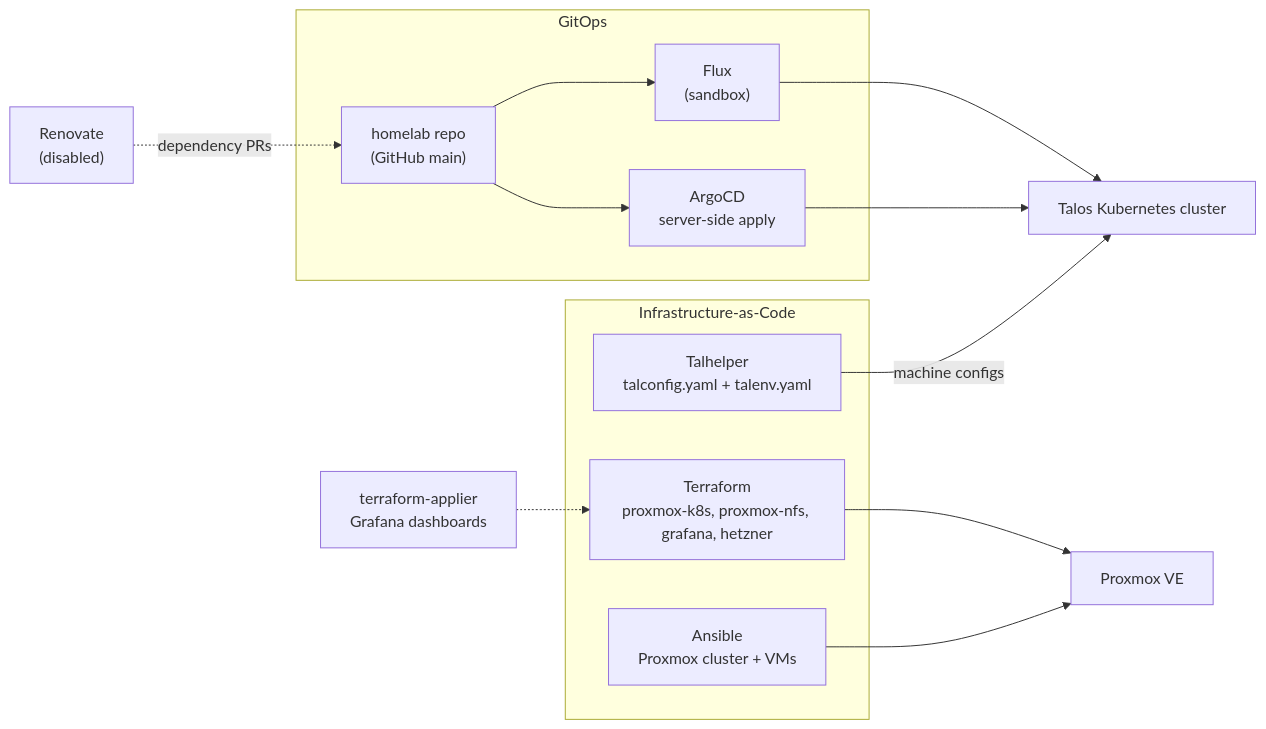
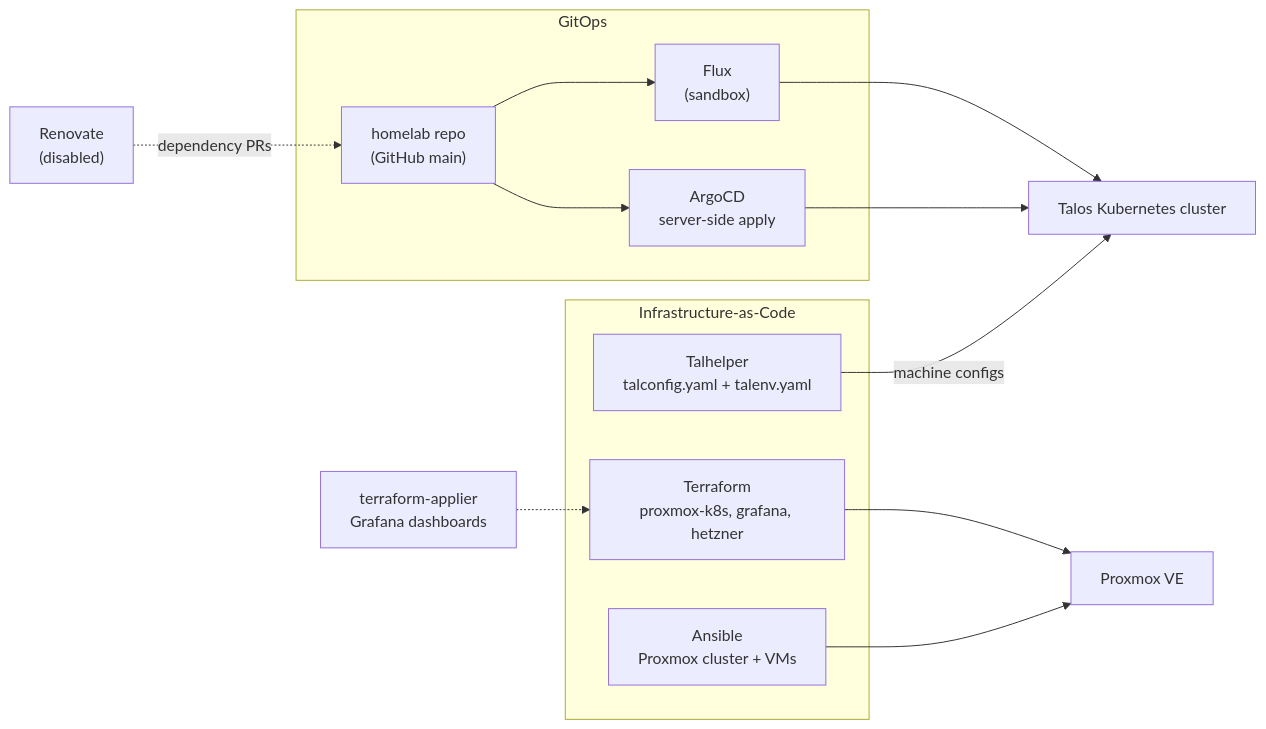
The fifth of 5 diagrams in docs/architecture.md (DTLP/homelab), drawn with Mermaid before and after one commit. The commit also changed other lines of this file and 22 other files, not shown here.

````diff
--- a/docs/architecture.md
+++ b/docs/architecture.md
@@ -144,28 +135,28 @@
 ```mermaid
 flowchart LR
     subgraph IaC["Infrastructure-as-Code"]
         Ansible["Ansible<br/>Proxmox cluster + VMs"]
-        TF["Terraform<br/>proxmox-k8s, proxmox-nfs, grafana, hetzner"]
+        TF["Terraform<br/>proxmox-k8s, grafana, hetzner"]
         TH["Talhelper<br/>talconfig.yaml + talenv.yaml"]
     end
 
     Ansible --> PVE["Proxmox VE"]
     TF --> PVE
     TH -->|machine configs| Cluster
 
     subgraph GitOps["GitOps"]
         Argo["ArgoCD<br/>server-side apply"]
         Flux["Flux<br/>(sandbox)"]
         Repo["homelab repo<br/>(GitHub main)"]
     end
 
     Repo --> Argo
     Repo --> Flux
     Argo --> Cluster
     Flux --> Cluster
 
     Renovate["Renovate<br/>(disabled)"] -.->|dependency PRs| Repo
     TerraformApplier["terraform-applier<br/>Grafana dashboards"] -.-> TF
 
     Cluster["Talos Kubernetes cluster"]
 ```
````
